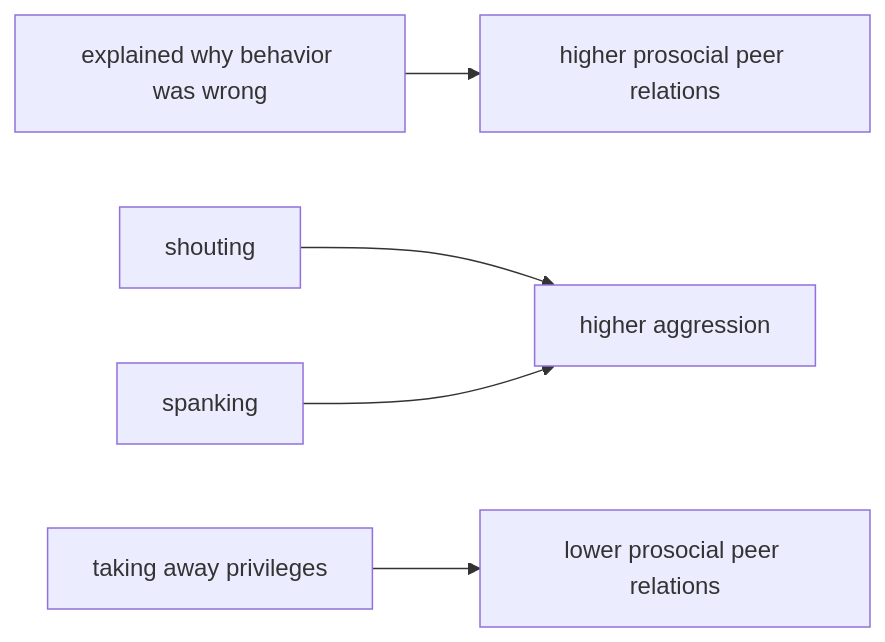
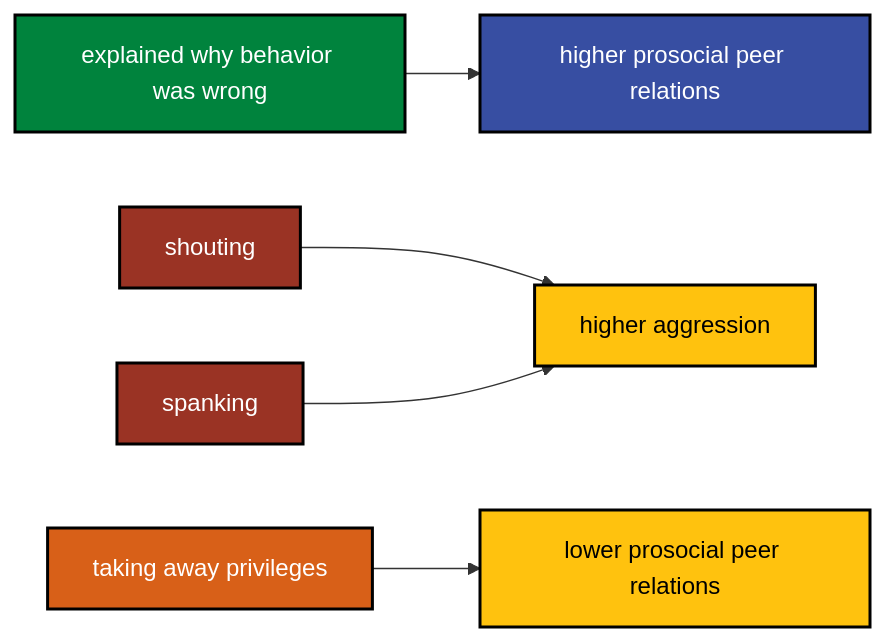
Before and after one commit to agrogan1/closeread: the second of 5 diagrams in parenting.qmd, drawn with Mermaid. The commit also changed other lines of this file and 4 other files, not shown here.

Commit message:
update mermaid colors to UNICEF colors

````diff
--- a/parenting.qmd
+++ b/parenting.qmd
@@ -99,8 +112,24 @@
 ```{mermaid}
+  
 flowchart LR
-  explained[explained why behavior was wrong] 
-  explained --> higherprosocial[higher prosocial peer relations]
-  shouting --> higheraggression[higher aggression]
-  spanking --> higheraggression
-  takingawayprivileges[taking away privileges] --> lowerprosocial[lower prosocial peer relations]
+
+  classDef yellow fill:#FFC20E,stroke:#000000,stroke-width:2px,color:#000000;
+  
+  classDef blue fill:#374EA2,stroke:#000000,stroke-width:2px,color:#FFFFFF;
+  
+  classDef green fill:#00833D,stroke:#000000,stroke-width:2px,color:#FFFFFF;
+  
+  classDef orange fill:#D86018,stroke:#000000,stroke-width:2px,color:#FFFFFF;
+  
+  classDef red fill:#9A3324,stroke:#000000,stroke-width:2px,color:#FFFFFF;
+  
+  explained[explained why behavior was wrong]:::green 
+  
+  explained --> higherprosocial[higher prosocial peer relations]:::blue
+  
+  shouting:::red --> higheraggression[higher aggression]:::yellow
+  
+  spanking:::red --> higheraggression
+  
+  takingawayprivileges[taking away privileges]:::orange --> lowerprosocial[lower prosocial peer relations]:::yellow
 ```
````
